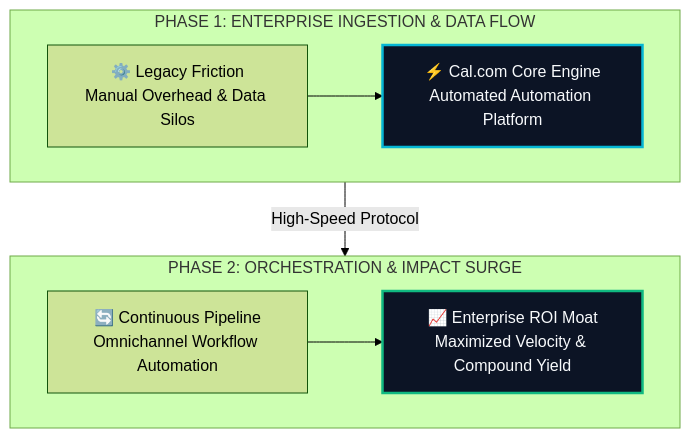
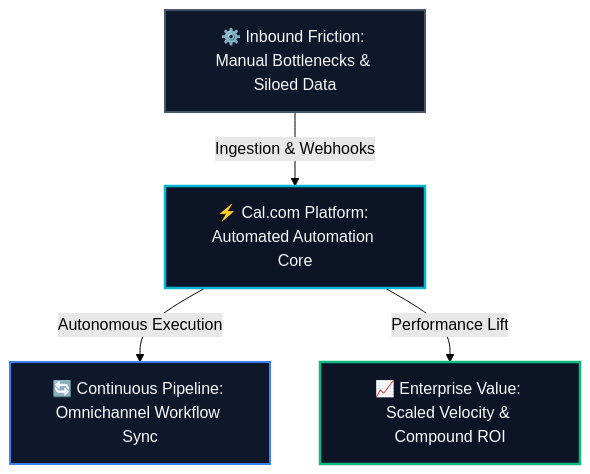
Before and after one commit to heliatech-media/saas-radar: the diagram in site/src/content/blog/cal-com-evolution-guide-2026.md, drawn with Mermaid (forest theme). The commit also changed 93 other files, not shown here.

First line of the commit message:
fix(diagrams): resolve dagre-d3 subgraph collision by migrating to balanced 3-tier Hub & Spoke architecture

````diff
--- a/site/src/content/blog/cal-com-evolution-guide-2026.md
+++ b/site/src/content/blog/cal-com-evolution-guide-2026.md
@@ -51,14 +51,14 @@
 ```mermaid
 flowchart TD
-    subgraph S1["PHASE 1: ENTERPRISE INGESTION & DATA FLOW"]
-        direction LR
-        A["⚙️ Legacy Friction<br/>Manual Overhead & Data Silos"] --> B["⚡ Cal.com Core Engine<br/>Automated Automation Platform"]
-    end
-    subgraph S2["PHASE 2: ORCHESTRATION & IMPACT SURGE"]
-        direction LR
-        C["🔄 Continuous Pipeline<br/>Omnichannel Workflow Automation"] --> D["📈 Enterprise ROI Moat<br/>Maximized Velocity & Compound Yield"]
-    end
-    S1 -->|High-Speed Protocol| S2
-    style B fill:#0c1425,stroke:#06b6d4,stroke-width:2.5px,color:#f8fafc
-    style D fill:#0c1425,stroke:#10b981,stroke-width:2.5px,color:#f8fafc
+    Inp["⚙️ Inbound Friction: Manual Bottlenecks & Siloed Data"]
+    Eng["⚡ Cal.com Platform: Automated Automation Core"]
+    Out1["🔄 Continuous Pipeline: Omnichannel Workflow Sync"]
+    Out2["📈 Enterprise Value: Scaled Velocity & Compound ROI"]
+    Inp -->|Ingestion & Webhooks| Eng
+    Eng -->|Autonomous Execution| Out1
+    Eng -->|Performance Lift| Out2
+    style Inp fill:#0f172a,stroke:#475569,stroke-width:2px,color:#f8fafc
+    style Eng fill:#0c1425,stroke:#06b6d4,stroke-width:2.5px,color:#f8fafc
+    style Out1 fill:#0f172a,stroke:#3b82f6,stroke-width:2px,color:#f8fafc
+    style Out2 fill:#0c1425,stroke:#10b981,stroke-width:2.5px,color:#f8fafc
 ```
````
